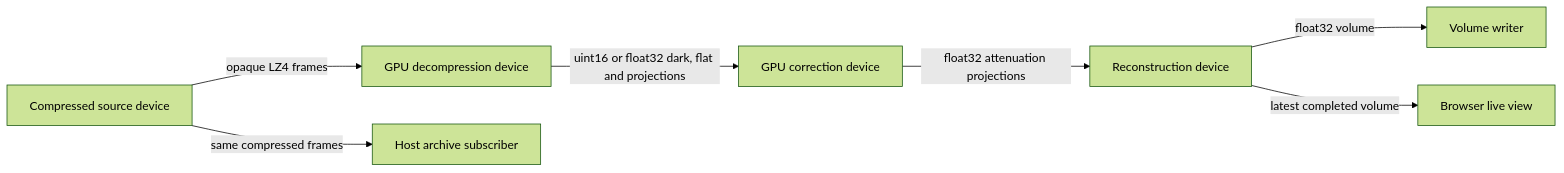
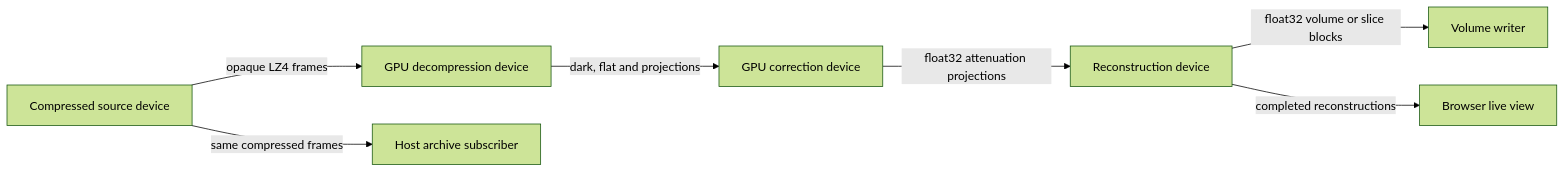
The diagram in tomography/README.md (srwohl/tango-ucx-gpu-examples), drawn with Mermaid (forest theme) before and after one commit. The commit also changed other lines of this file and 1 other file, not shown here.

````diff
--- a/tomography/README.md
+++ b/tomography/README.md
@@ -8,9 +14,9 @@
 ```mermaid
 flowchart LR
     source[Compressed source device] -->|opaque LZ4 frames| decompress[GPU decompression device]
     source -->|same compressed frames| archive[Host archive subscriber]
-    decompress -->|uint16 or float32 dark, flat and projections| correct[GPU correction device]
+    decompress -->|dark, flat and projections| correct[GPU correction device]
     correct -->|float32 attenuation projections| reconstruct[Reconstruction device]
-    reconstruct -->|float32 volume| writer[Volume writer]
-    reconstruct -->|latest completed volume| live[Browser live view]
+    reconstruct -->|float32 volume or slice blocks| writer[Volume writer]
+    reconstruct -->|completed reconstructions| live[Browser live view]
 ```
````
